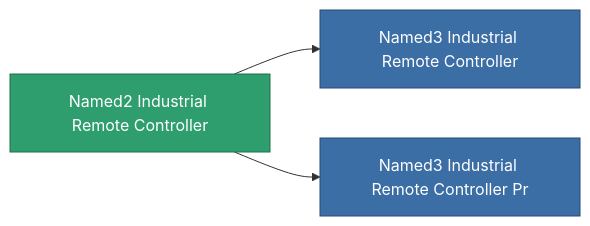
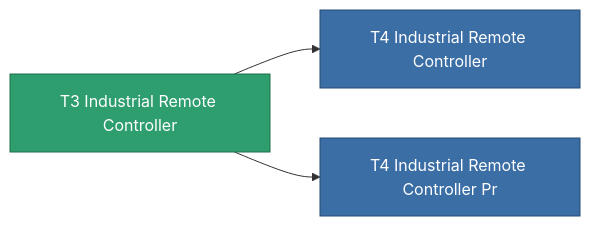
One commit to OpenPerpetuum/Wiki changed the diagram in content/content/items/named2_industrial_remote_controller.md. Above: the diagram before and after it, drawn with Mermaid. The commit also changed other lines of this file and 4904 other files, not shown here.

````diff
--- a/content/content/items/named2_industrial_remote_controller.md
+++ b/content/content/items/named2_industrial_remote_controller.md
@@ -80,13 +60,13 @@
 ```mermaid
 graph LR
-    a["Named2 Industrial Remote Controller"]:::current
-    b["Named3 Industrial Remote Controller"]:::prod
+    a["T3 Industrial Remote Controller"]:::current
+    b["T4 Industrial Remote Controller"]:::prod
     a --> b
-    click b "/content/items/named3-industrial-remote-controller/" "Named3 Industrial Remote Controller"
-    c["Named3 Industrial Remote Controller Pr"]:::prod
+    click b "/content/items/named3-industrial-remote-controller/" "T4 Industrial Remote Controller"
+    c["T4 Industrial Remote Controller Pr"]:::prod
     a --> c
-    click c "/content/items/named3-industrial-remote-controller-pr/" "Named3 Industrial Remote Controller Pr"
+    click c "/content/items/named3-industrial-remote-controller-pr/" "T4 Industrial Remote Controller Pr"
     classDef current fill:#2f9e6f,stroke:#1f6f4a,color:#ffffff
     classDef prod fill:#3b6ea5,stroke:#274a75,color:#ffffff
     classDef more fill:#39445a,stroke:#54658a,color:#d5dbe8
 ```
````
